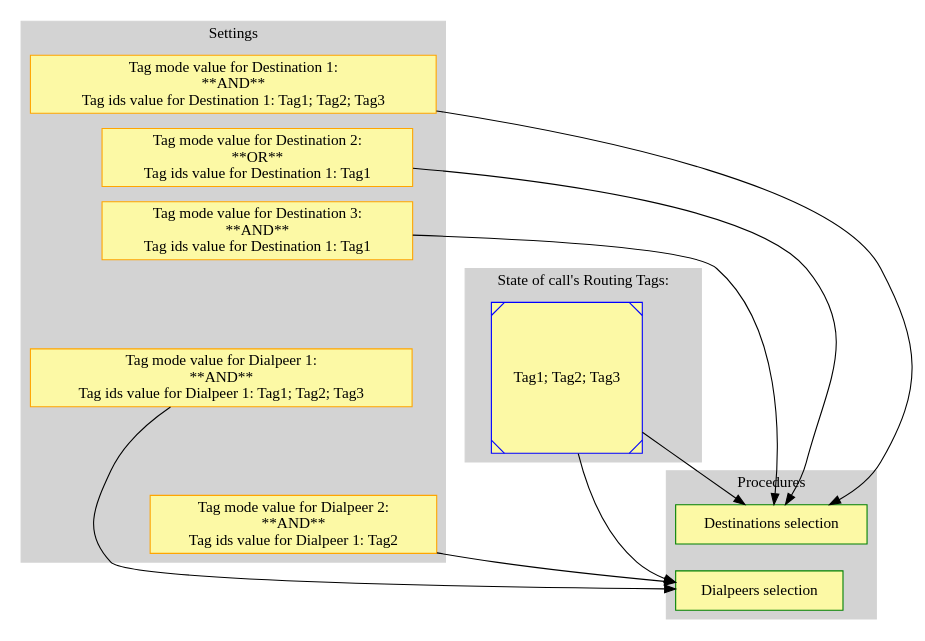
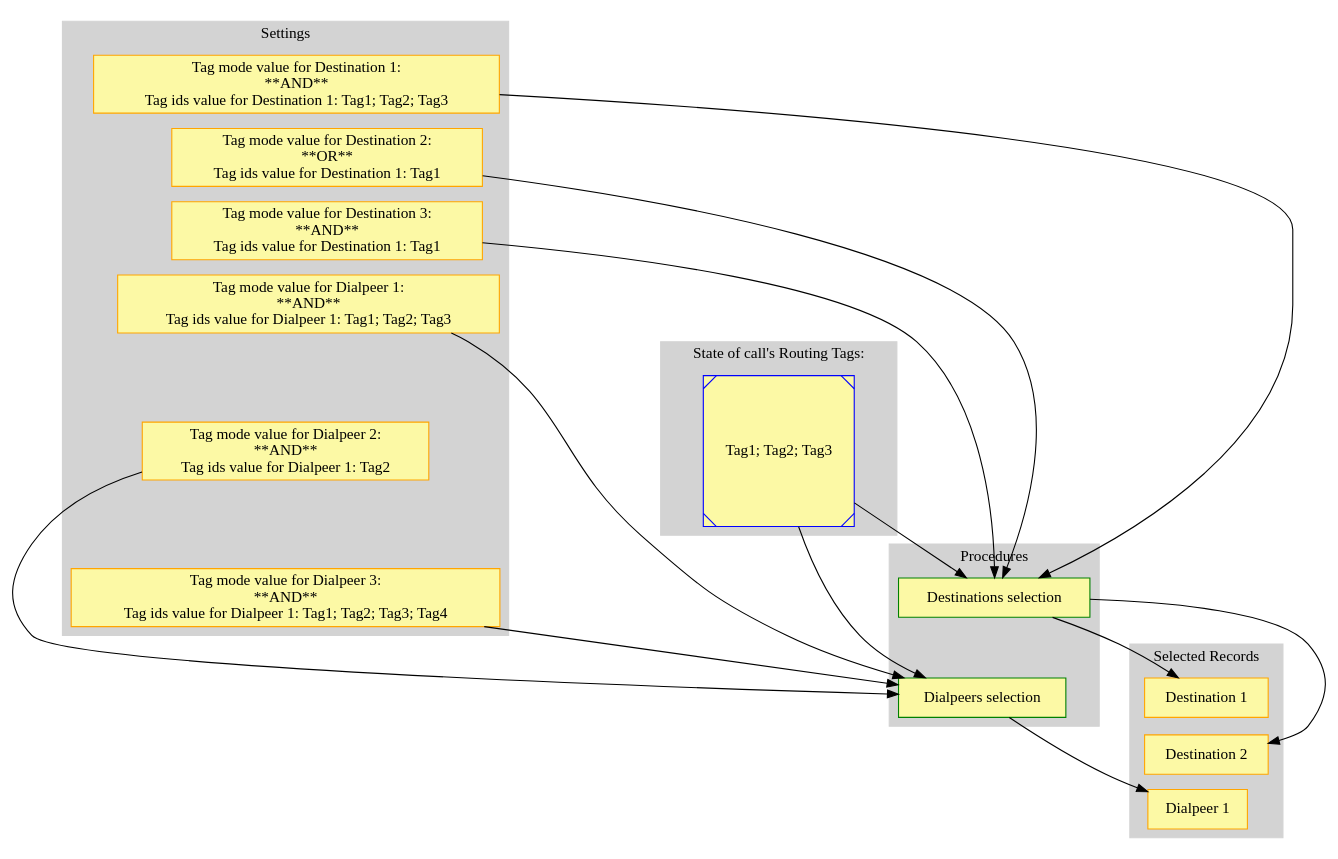
Before and after one commit to yeti-switch/doc: the diagram in docs/en/graphviz/routing_tags_using.dot, drawn with Graphviz. The commit also changed 2 other files, not shown here.

```diff
--- a/docs/en/graphviz/routing_tags_using.dot
+++ b/docs/en/graphviz/routing_tags_using.dot
@@ -1,65 +1,89 @@
 digraph General {
 
     node [style=filled; fillcolor="#FCF9A5"];
     graph [nodesep=1, ranksep=0.2, mindist=0.5];
 
     subgraph cluster_RT1 {
         style=filled;
         color=lightgrey;
         node [style=filled,color=blue];
 
         rt_1_1 [label = "Tag1; Tag2; Tag3"; shape=Msquare; sides=4];
 
         label = "State of call's Routing Tags:";
     }
 
     subgraph cluster_Procedure1 {
         style=filled;
         color=lightgrey;
         node [style=filled,color=green];
 
         p_1_1 [label = "Destinations selection"; shape=box; sides=4];
         p_1_2 [label = "Dialpeers selection"; shape=box; sides=4];
 
         p_1_1 -> p_1_2 [style=invis];
 
         label = "Procedures";
     }
 
 
     subgraph cluster_Settings1 {
         style=filled;
         color=lightgrey;
         node [style=filled,color=orange];
 
         s_1_1 [label = "Tag mode value for Destination 1: \n **AND** \n Tag ids value for Destination 1: Tag1; Tag2; Tag3"; shape=box; sides=4];
         s_1_2 [label = "Tag mode value for Destination 2: \n **OR** \n Tag ids value for Destination 1: Tag1"; shape=box; sides=4];
         s_1_3 [label = "Tag mode value for Destination 3: \n **AND** \n Tag ids value for Destination 1: Tag1"; shape=box; sides=4];
 
         s_1_4 [label = "Tag mode value for Dialpeer 1: \n **AND** \n Tag ids value for Dialpeer 1: Tag1; Tag2; Tag3"; shape=box; sides=4];
         s_1_5 [label = "Tag mode value for Dialpeer 2: \n **AND** \n Tag ids value for Dialpeer 1: Tag2"; shape=box; sides=4];
+        s_1_6 [label = "Tag mode value for Dialpeer 3: \n **AND** \n Tag ids value for Dialpeer 1: Tag1; Tag2; Tag3; Tag4"; shape=box; sides=4];
 
 
         s_1_1 -> s_1_2 [style=invis];
         s_1_2 -> s_1_3 [style=invis];
         s_1_3 -> s_1_4 [style=invis];
         s_1_4 -> s_1_5 [style=invis];
+        s_1_5 -> s_1_6 [style=invis];
 
         label = "Settings";
     }
 
+    subgraph cluster_Selected1 {
+        style=filled;
+        color=lightgrey;
+        node [style=filled,color=orange];
+
+        sl_1_1 [label = "Destination 1"; shape=box; sides=4];
+        sl_1_2 [label = "Destination 2"; shape=box; sides=4];
+
+        sl_1_4 [label = "Dialpeer 1"; shape=box; sides=4];
+
+
+        sl_1_1 -> sl_1_2 [style=invis];
+        sl_1_2 -> sl_1_4 [style=invis];
+
+        label = "Selected Records";
+    }
 
 
 
     rt_1_1 -> p_1_1;
     rt_1_1 -> p_1_2;
 
     s_1_1 -> p_1_1;
     s_1_2 -> p_1_1;
     s_1_3 -> p_1_1;
 
     s_1_4 -> p_1_2;
     s_1_5 -> p_1_2;
+    s_1_6 -> p_1_2;
+
+    p_1_1 -> sl_1_1;
+    p_1_1 -> sl_1_2;
+
+    p_1_2 -> sl_1_4;
 
 
 }
```
